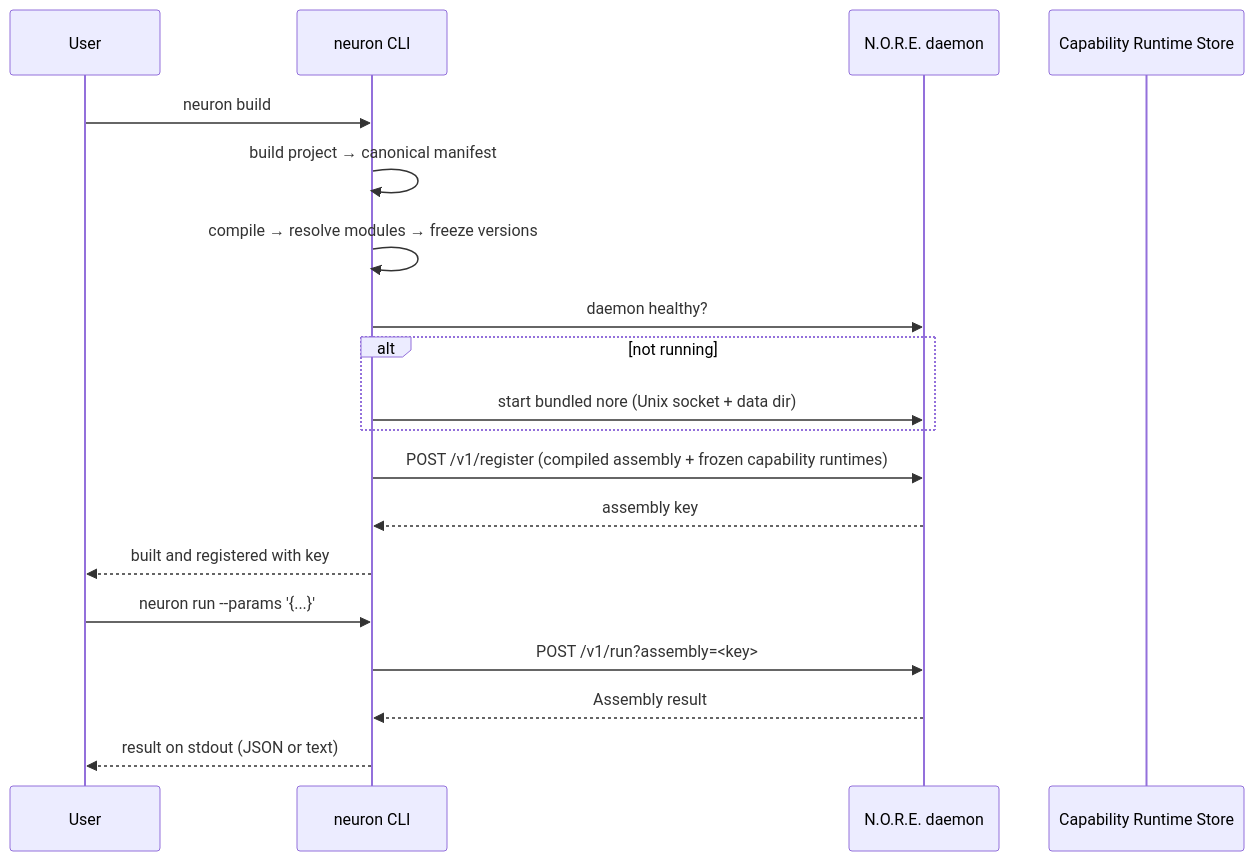
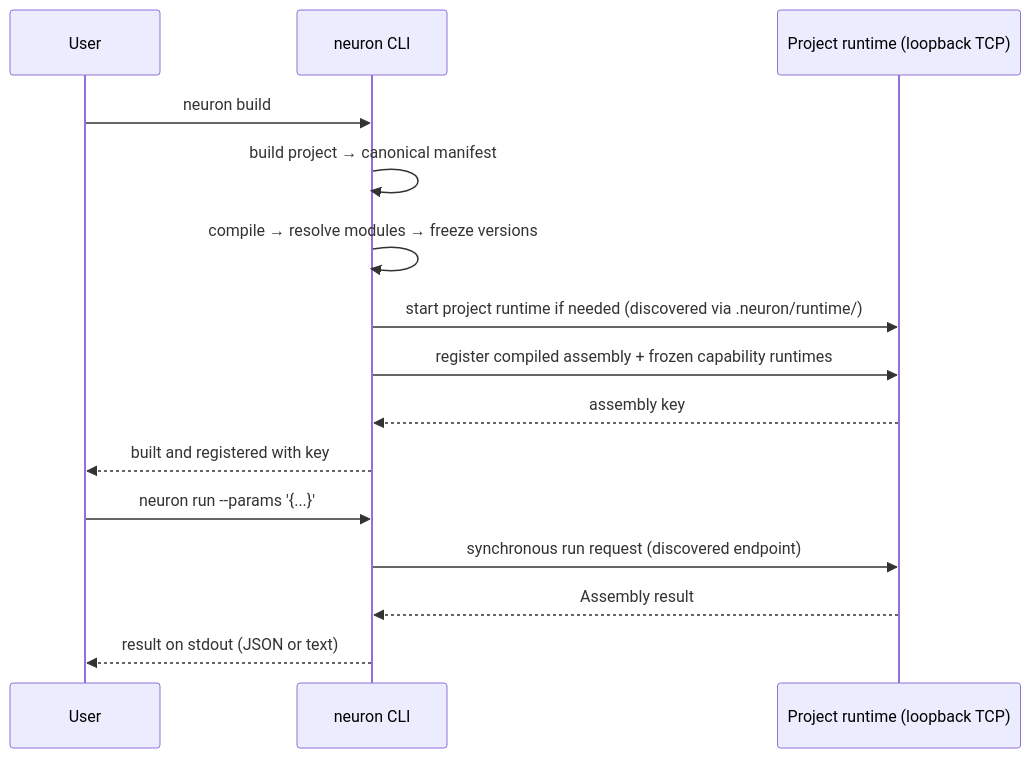
The diagram in application/README.md (neuron-runtime/neuron), drawn with Mermaid before and after one commit. The commit also changed other lines of this file and 10 other files, not shown here.

````diff
--- a/application/README.md
+++ b/application/README.md
@@ -10,23 +9,19 @@
 ```mermaid
 sequenceDiagram
     participant U as User
     participant C as neuron CLI
-    participant D as N.O.R.E. daemon
-    participant S as Capability Runtime Store
+    participant R as Project runtime (loopback TCP)
 
     U->>C: neuron build
     C->>C: build project → canonical manifest
     C->>C: compile → resolve modules → freeze versions
-    C->>D: daemon healthy?
-    alt not running
-        C->>D: start bundled nore (Unix socket + data dir)
-    end
-    C->>D: POST /v1/register (compiled assembly + frozen capability runtimes)
-    D-->>C: assembly key
+    C->>R: start project runtime if needed (discovered via .neuron/runtime/)
+    C->>R: register compiled assembly + frozen capability runtimes
+    R-->>C: assembly key
     C-->>U: built and registered with key
 
     U->>C: neuron run --params '{...}'
-    C->>D: POST /v1/run?assembly=<key>
-    D-->>C: Assembly result
+    C->>R: synchronous run request (discovered endpoint)
+    R-->>C: Assembly result
     C-->>U: result on stdout (JSON or text)
 ```
````
